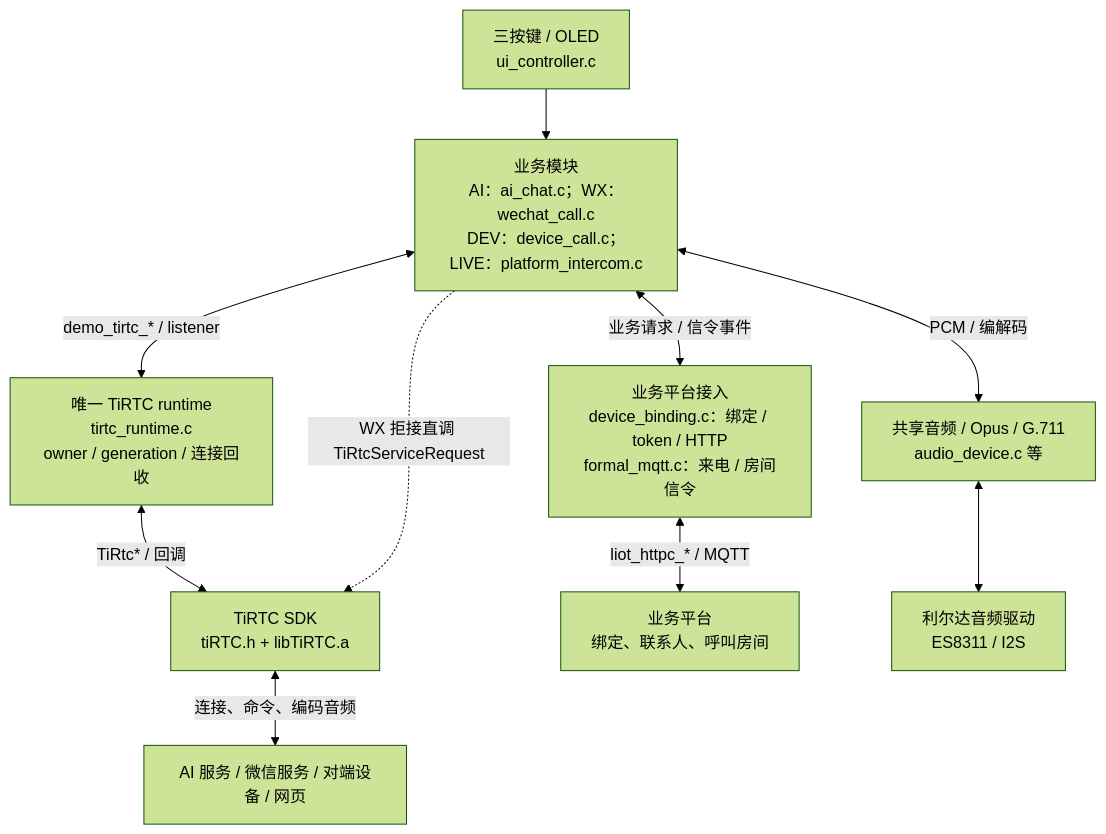
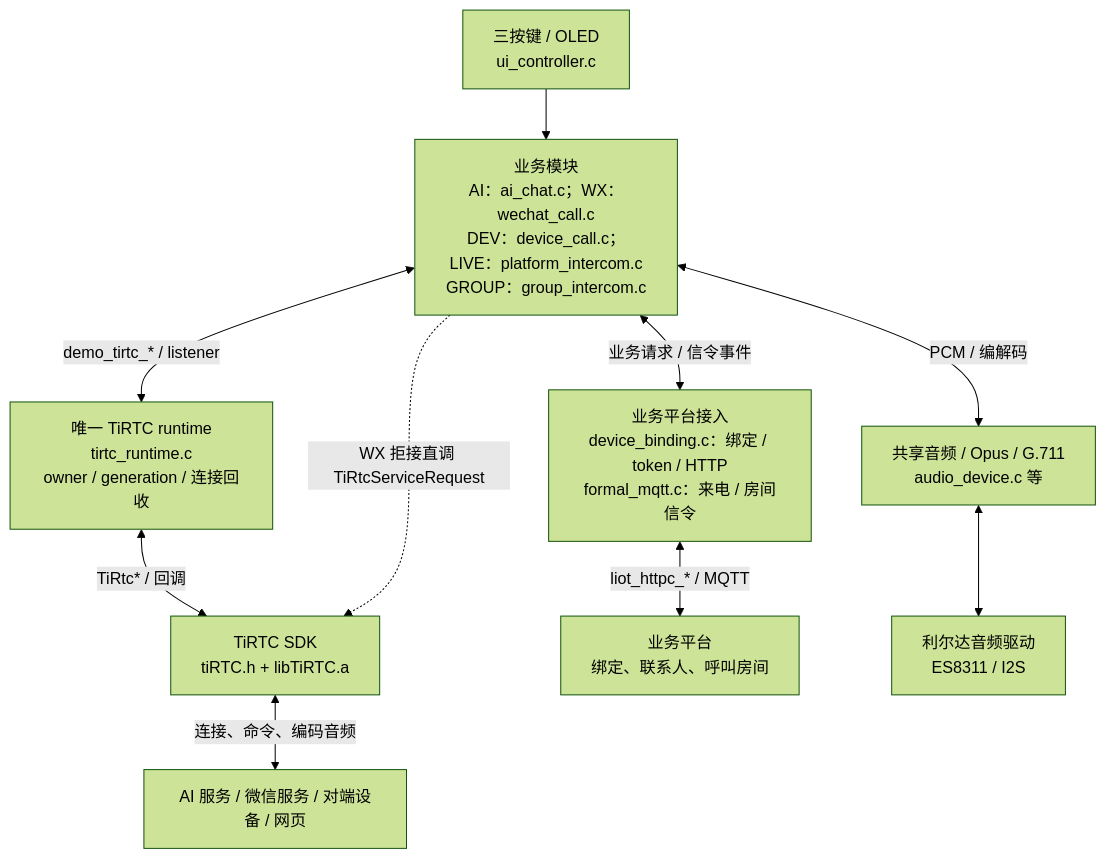
One commit to tangeai/xiaotai-lierda changed the first of 9 diagrams in examples/L_CT4IT00_YP00W_01_V04/tirtc/docs/TiRTC接口调用与模块流程.md. Above: the diagram before and after it, drawn with Mermaid (forest theme). The commit also changed other lines of this file and 46 other files, not shown here.

First line of the commit message:
feat: add AI contact calling and independent group intercom

````diff
--- a/examples/L_CT4IT00_YP00W_01_V04/tirtc/docs/TiRTC接口调用与模块流程.md
+++ b/examples/L_CT4IT00_YP00W_01_V04/tirtc/docs/TiRTC接口调用与模块流程.md
@@ -39,21 +44,21 @@
 ```mermaid
 flowchart TB
     UI["三按键 / OLED<br/>ui_controller.c"]
-    FEATURES["业务模块<br/>AI：ai_chat.c；WX：wechat_call.c<br/>DEV：device_call.c；LIVE：platform_intercom.c"]
+    FEATURES["业务模块<br/>AI：ai_chat.c；WX：wechat_call.c<br/>DEV：device_call.c；LIVE：platform_intercom.c<br/>GROUP：group_intercom.c"]
     BIZ["业务平台接入<br/>device_binding.c：绑定 / token / HTTP<br/>formal_mqtt.c：来电 / 房间信令"]
     RT["唯一 TiRTC runtime<br/>tirtc_runtime.c<br/>owner / generation / 连接回收"]
     AUDIO["共享音频 / Opus / G.711<br/>audio_device.c 等"]
     SDK["TiRTC SDK<br/>tiRTC.h + libTiRTC.a"]
     CLOUD["业务平台<br/>绑定、联系人、呼叫房间"]
     PEER["AI 服务 / 微信服务 / 对端设备 / 网页"]
     HW["利尔达音频驱动<br/>ES8311 / I2S"]
     UI --> FEATURES
     FEATURES <-->|"业务请求 / 信令事件"| BIZ
     BIZ <-->|"liot_httpc_* / MQTT"| CLOUD
     FEATURES <-->|"demo_tirtc_* / listener"| RT
     RT <-->|"TiRtc* / 回调"| SDK
     SDK <-->|"连接、命令、编码音频"| PEER
     FEATURES -.->|"WX 拒接直调 TiRtcServiceRequest"| SDK
     FEATURES <-->|"PCM / 编解码"| AUDIO
     AUDIO <--> HW
 ```
````
